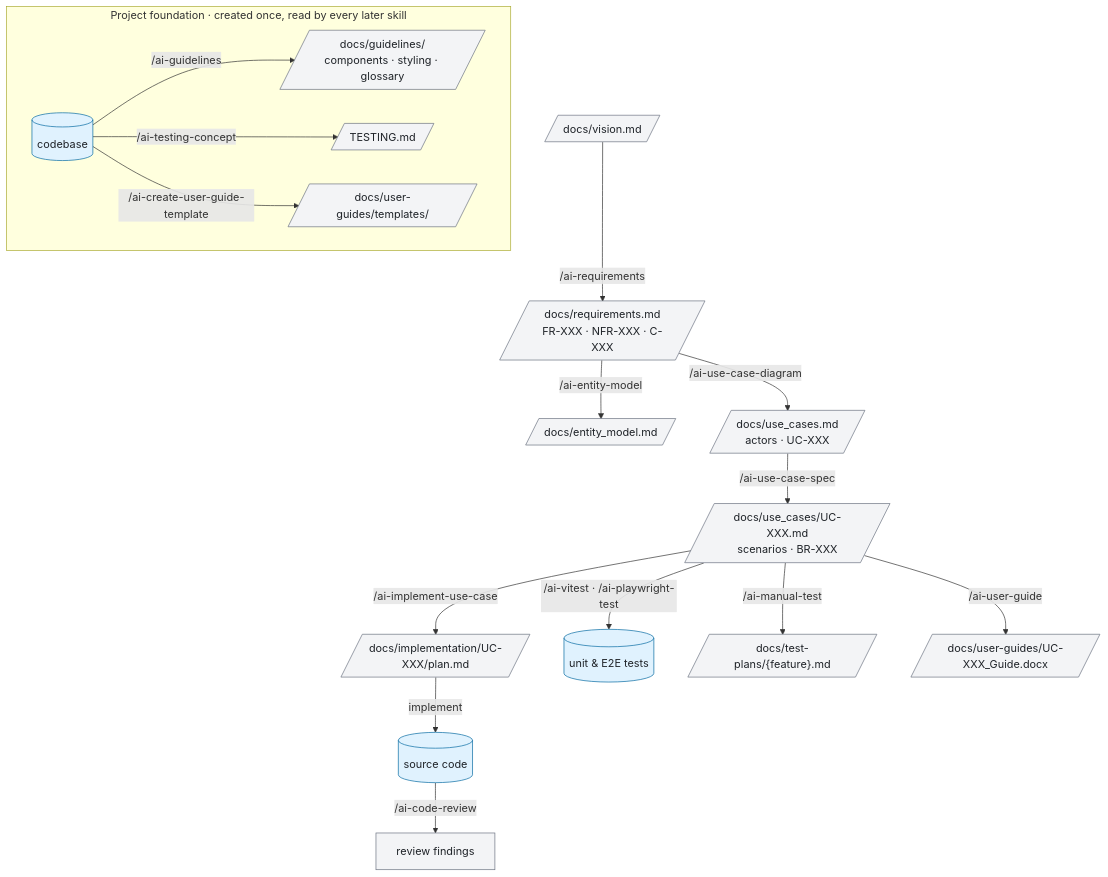
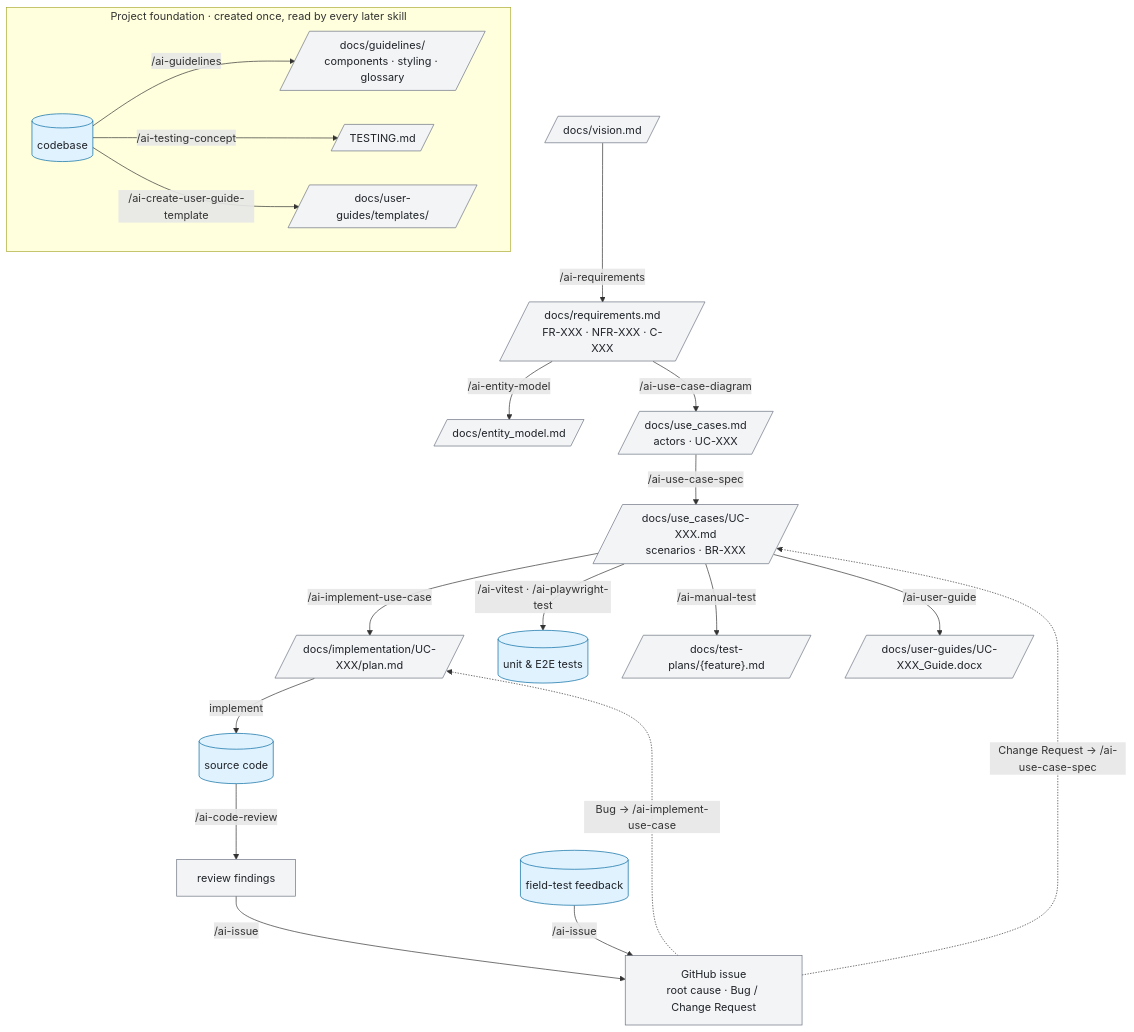
One commit to liitu-ch/liitu-ai-architect-marketplace changed the second of 3 diagrams in README.md. Above: the diagram before and after it, drawn with Mermaid. The commit also changed other lines of this file and 1 other file, not shown here.

First line of the commit message:
docs: add the issue skill to the development workflow diagrams

````diff
--- a/README.md
+++ b/README.md
@@ -93,41 +99,47 @@
 ```mermaid
 flowchart TB
     subgraph foundation["Project foundation · created once, read by every later skill"]
         direction LR
         codebase[("codebase")]
         gl[/"docs/guidelines/<br/>components · styling · glossary"/]
         tc[/"TESTING.md"/]
         ugt[/"docs/user-guides/templates/"/]
         codebase -- "/ai-guidelines" --> gl
         codebase -- "/ai-testing-concept" --> tc
         codebase -- "/ai-create-user-guide-template" --> ugt
     end
 
     vision[/"docs/vision.md"/]
     req[/"docs/requirements.md<br/>FR-XXX · NFR-XXX · C-XXX"/]
     em[/"docs/entity_model.md"/]
     ucd[/"docs/use_cases.md<br/>actors · UC-XXX"/]
     ucs[/"docs/use_cases/UC-XXX.md<br/>scenarios · BR-XXX"/]
     plan[/"docs/implementation/UC-XXX/plan.md"/]
     src[("source code")]
     tests[("unit & E2E tests")]
     mtp[/"docs/test-plans/{feature}.md"/]
     guide[/"docs/user-guides/UC-XXX_Guide.docx"/]
     findings["review findings"]
+    field[("field-test feedback")]
+    issue["GitHub issue<br/>root cause · Bug / Change Request"]
 
     vision -- "/ai-requirements" --> req
     req -- "/ai-entity-model" --> em
     req -- "/ai-use-case-diagram" --> ucd
     ucd -- "/ai-use-case-spec" --> ucs
     ucs -- "/ai-implement-use-case" --> plan
     plan -- "implement" --> src
     src -- "/ai-code-review" --> findings
     ucs -- "/ai-vitest · /ai-playwright-test" --> tests
     ucs -- "/ai-manual-test" --> mtp
     ucs -- "/ai-user-guide" --> guide
+    findings -- "/ai-issue" --> issue
+    field -- "/ai-issue" --> issue
+    issue -. "Change Request → /ai-use-case-spec" .-> ucs
+    issue -. "Bug → /ai-implement-use-case" .-> plan
 
     classDef artifact fill:#f3f4f6,stroke:#6b7280,color:#1f2328
     classDef store fill:#e0f2fe,stroke:#0369a1,color:#1f2328
-    class vision,req,em,ucd,ucs,gl,tc,ugt,plan,mtp,guide,findings artifact
-    class codebase,src,tests store
+    class vision,req,em,ucd,ucs,gl,tc,ugt,plan,mtp,guide,findings,issue artifact
+    class codebase,src,tests,field store
 ```
````
